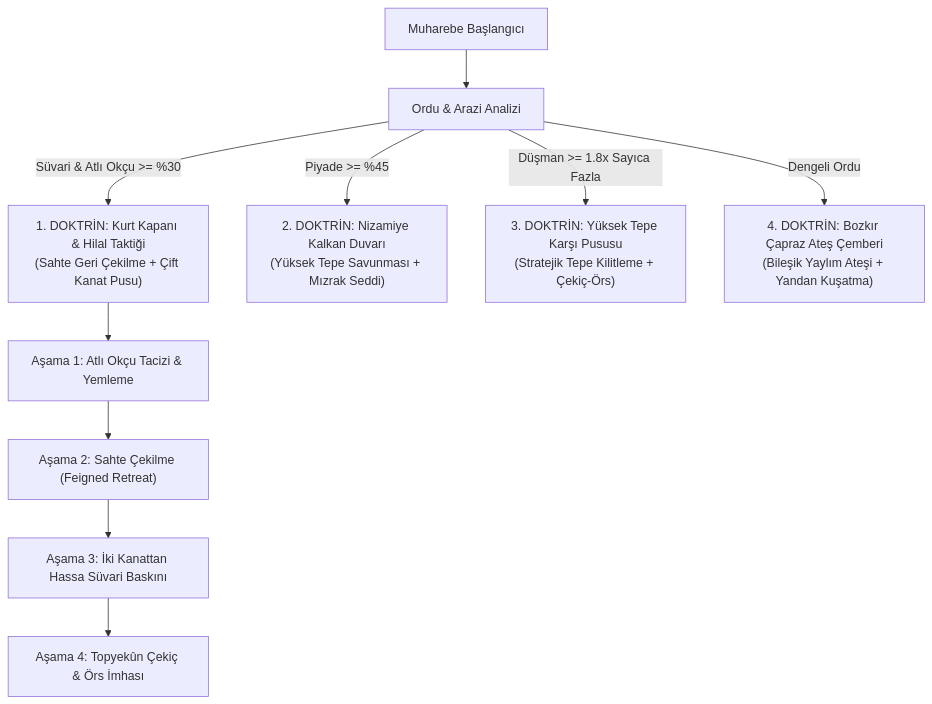
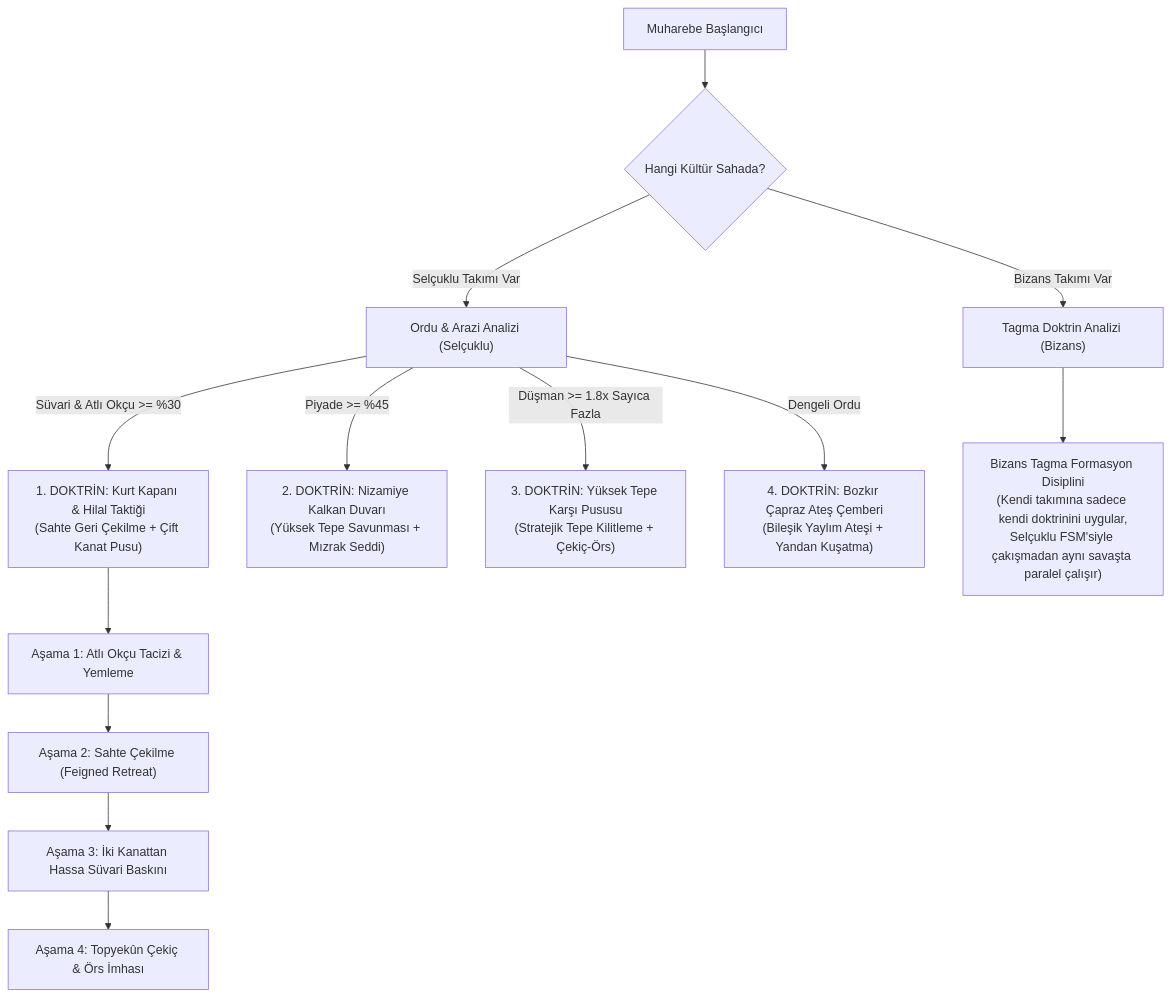
One commit to keremtrgl/OttomanJanissariesAndTurkicHeroes changed the fourth of 10 diagrams in graphify-out/graph.md. Above: the diagram before and after it, drawn with Mermaid. The commit also changed other lines of this file and 15 other files, not shown here.

````diff
--- a/graphify-out/graph.md
+++ b/graphify-out/graph.md
@@ -72,14 +90,18 @@
 ```mermaid
 graph TD
-    START["Muharebe Başlangıcı"] --> EVAL["Ordu & Arazi Analizi"]
-    
-    EVAL -->|Süvari & Atlı Okçu >= %30| D1["1. DOKTRİN: Kurt Kapanı & Hilal Taktiği<br/>(Sahte Geri Çekilme + Çift Kanat Pusu)"]
-    EVAL -->|Piyade >= %45| D2["2. DOKTRİN: Nizamiye Kalkan Duvarı<br/>(Yüksek Tepe Savunması + Mızrak Seddi)"]
-    EVAL -->|Düşman >= 1.8x Sayıca Fazla| D3["3. DOKTRİN: Yüksek Tepe Karşı Pususu<br/>(Stratejik Tepe Kilitleme + Çekiç-Örs)"]
-    EVAL -->|Dengeli Ordu| D4["4. DOKTRİN: Bozkır Çapraz Ateş Çemberi<br/>(Bileşik Yaylım Ateşi + Yandan Kuşatma)"]
+    START["Muharebe Başlangıcı"] --> WHO{"Hangi Kültür Sahada?"}
+    WHO -->|Selçuklu Takımı Var| SELJUK_EVAL["Ordu & Arazi Analizi (Selçuklu)"]
+    WHO -->|Bizans Takımı Var| BYZ_EVAL["Tagma Doktrin Analizi (Bizans)"]
+
+    SELJUK_EVAL -->|Süvari & Atlı Okçu >= %30| D1["1. DOKTRİN: Kurt Kapanı & Hilal Taktiği<br/>(Sahte Geri Çekilme + Çift Kanat Pusu)"]
+    SELJUK_EVAL -->|Piyade >= %45| D2["2. DOKTRİN: Nizamiye Kalkan Duvarı<br/>(Yüksek Tepe Savunması + Mızrak Seddi)"]
+    SELJUK_EVAL -->|Düşman >= 1.8x Sayıca Fazla| D3["3. DOKTRİN: Yüksek Tepe Karşı Pususu<br/>(Stratejik Tepe Kilitleme + Çekiç-Örs)"]
+    SELJUK_EVAL -->|Dengeli Ordu| D4["4. DOKTRİN: Bozkır Çapraz Ateş Çemberi<br/>(Bileşik Yaylım Ateşi + Yandan Kuşatma)"]
 
     D1 --> PHASE_1["Aşama 1: Atlı Okçu Tacizi & Yemleme"]
     PHASE_1 --> PHASE_2["Aşama 2: Sahte Çekilme (Feigned Retreat)"]
     PHASE_2 --> PHASE_3["Aşama 3: İki Kanattan Hassa Süvari Baskını"]
     PHASE_3 --> PHASE_4["Aşama 4: Topyekûn Çekiç & Örs İmhası"]
+
+    BYZ_EVAL --> BYZ_D["Bizans Tagma Formasyon Disiplini<br/>(Kendi takımına sadece kendi doktrinini uygular,<br/>Selçuklu FSM'siyle çakışmadan aynı savaşta paralel çalışır)"]
 ```
````
